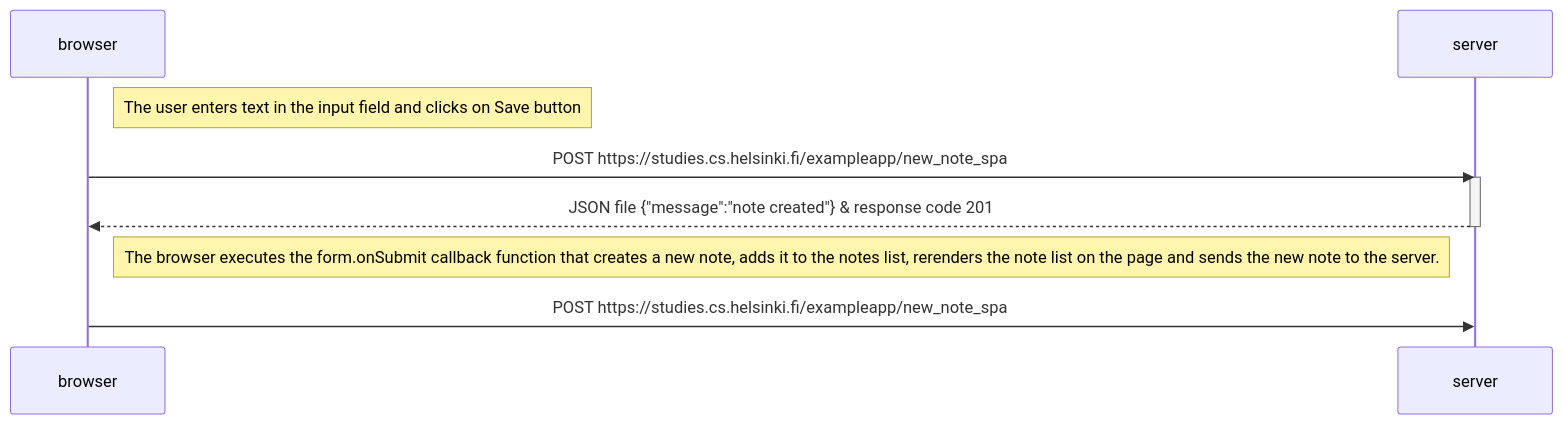
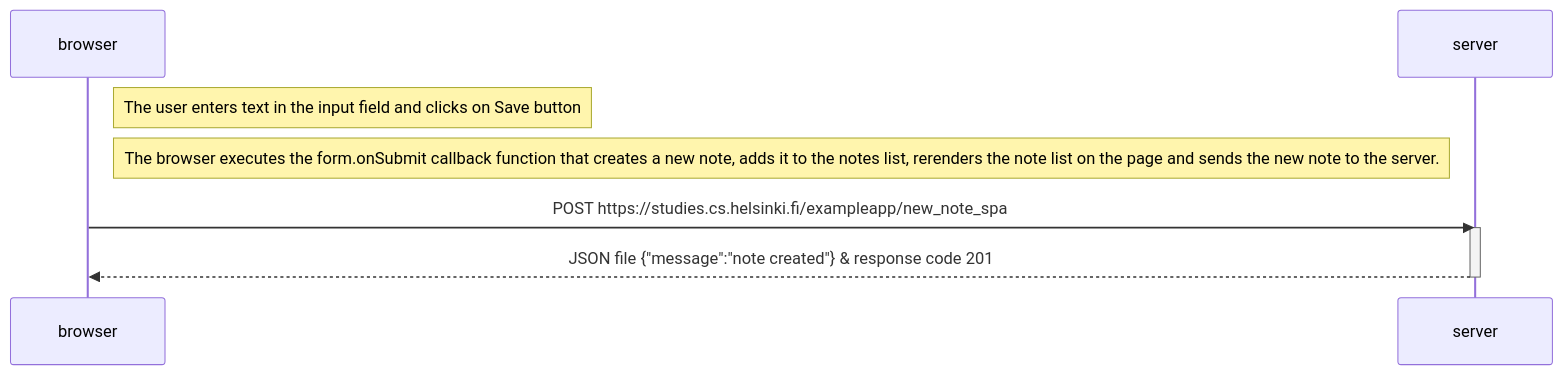
Before and after one commit to NiharikaHari/Fullstack-Web-Dev-Course: the diagram in part-0/0.6.mmd, drawn with Mermaid.

```diff
--- a/part-0/0.6.mmd
+++ b/part-0/0.6.mmd
@@ -1,14 +1,10 @@
 sequenceDiagram
     participant browser
     participant server
 
     Note right of browser: The user enters text in the input field and clicks on Save button
-
+    Note right of browser: The browser executes the form.onSubmit callback function that creates a new note, adds it to the notes list, rerenders the note list on the page and sends the new note to the server.
     browser->>server: POST https://studies.cs.helsinki.fi/exampleapp/new_note_spa
     activate server
     server-->>browser: JSON file {"message":"note created"} & response code 201
     deactivate server
-
-    Note right of browser: The browser executes the form.onSubmit callback function that creates a new note, adds it to the notes list, rerenders the note list on the page and sends the new note to the server.
-
-    browser->>server: POST https://studies.cs.helsinki.fi/exampleapp/new_note_spa  
```
